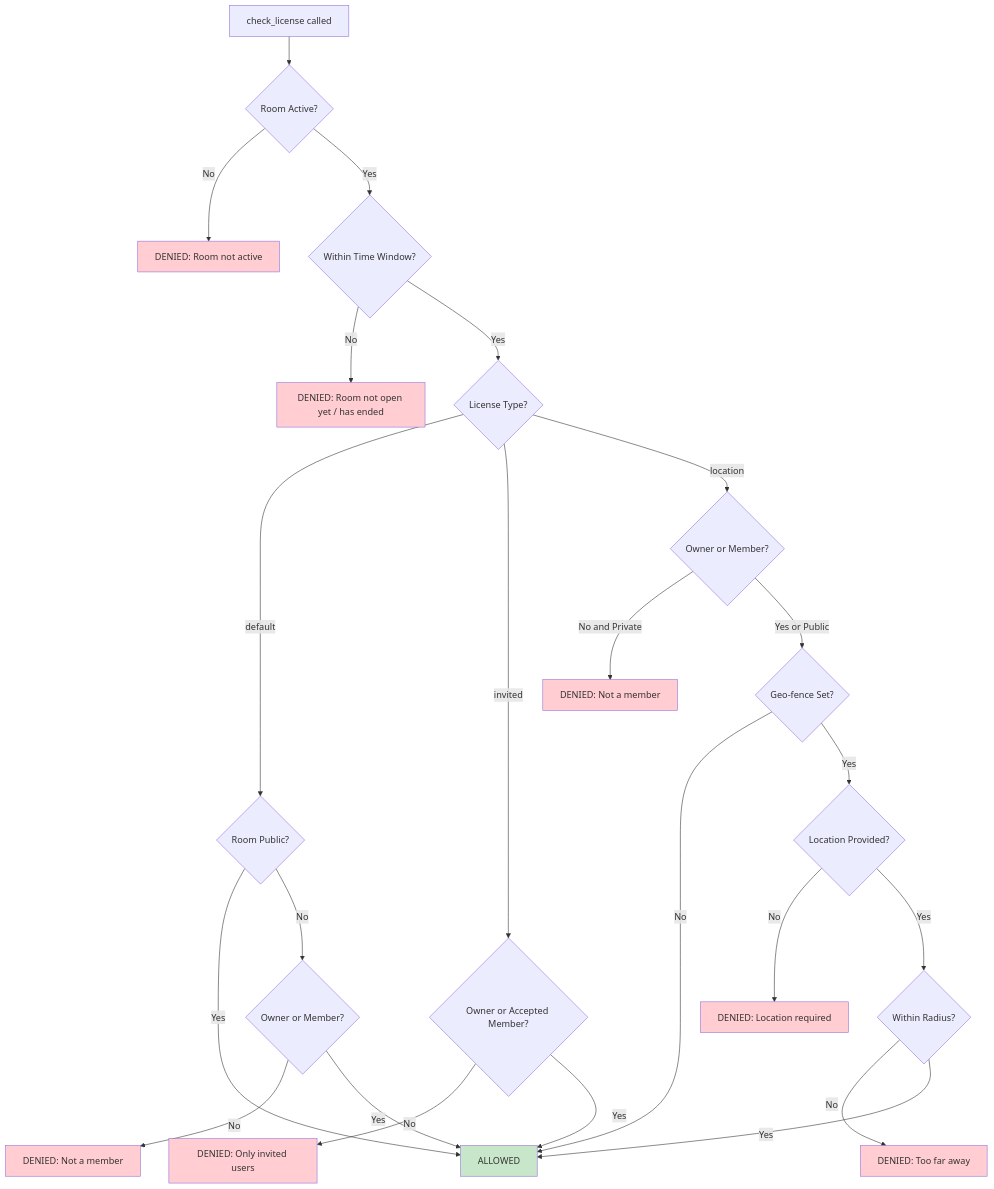
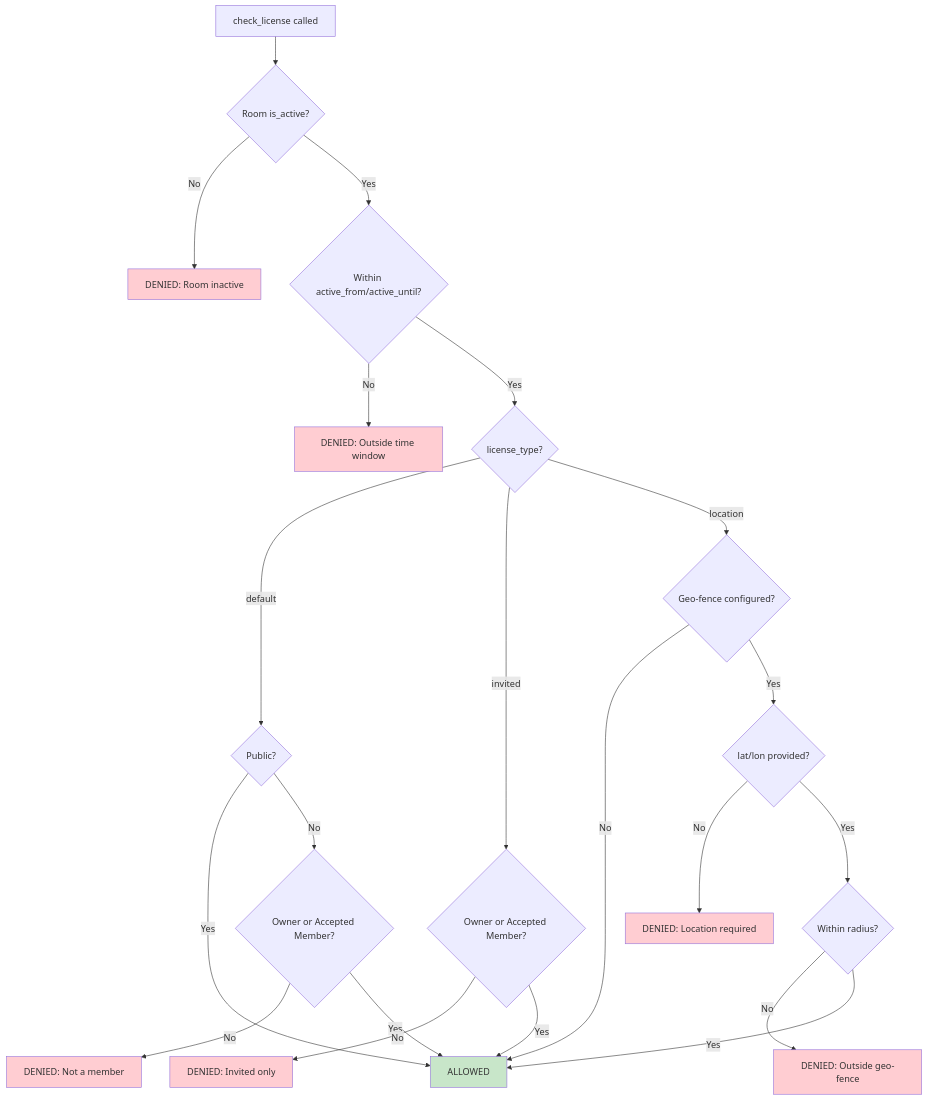
Diagram 12 of 13 in API_SCHEMAS.md (RadiantVixen/music-room), drawn with Mermaid before and after one commit. The commit also changed other lines of this file and 65 other files, not shown here.

````diff
--- a/API_SCHEMAS.md
+++ b/API_SCHEMAS.md
@@ -1661,37 +1106,34 @@
 ```mermaid
 graph TD
-    A["check_license called"] --> B{Room Active?}
-    B -->|No| C["DENIED: Room not active"]
-    B -->|Yes| D{Within Time Window?}
-    D -->|No| E["DENIED: Room not open yet / has ended"]
-    D -->|Yes| F{License Type?}
-    
-    F -->|default| G{Room Public?}
+    A["check_license called"] --> B{"Room is_active?"}
+    B -->|No| C["DENIED: Room inactive"]
+    B -->|Yes| D{"Within active_from/active_until?"}
+    D -->|No| E["DENIED: Outside time window"]
+    D -->|Yes| F{"license_type?"}
+
+    F -->|default| G{"Public?"}
     G -->|Yes| H["ALLOWED"]
-    G -->|No| I{Owner or Member?}
+    G -->|No| I{"Owner or Accepted Member?"}
     I -->|No| J["DENIED: Not a member"]
     I -->|Yes| H
-    
-    F -->|invited| K{Owner or Accepted Member?}
-    K -->|No| L["DENIED: Only invited users"]
+
+    F -->|invited| K{"Owner or Accepted Member?"}
+    K -->|No| L["DENIED: Invited only"]
     K -->|Yes| H
-    
-    F -->|location| M{Owner or Member?}
-    M -->|No and Private| N["DENIED: Not a member"]
-    M -->|Yes or Public| O{Geo-fence Set?}
-    O -->|No| H
-    O -->|Yes| P{Location Provided?}
-    P -->|No| Q["DENIED: Location required"]
-    P -->|Yes| R{Within Radius?}
-    R -->|No| S["DENIED: Too far away"]
-    R -->|Yes| H
-    
+
+    F -->|location| M{"Geo-fence configured?"}
+    M -->|No| H
+    M -->|Yes| N{"lat/lon provided?"}
+    N -->|No| O["DENIED: Location required"]
+    N -->|Yes| P{"Within radius?"}
+    P -->|No| Q["DENIED: Outside geo-fence"]
+    P -->|Yes| H
+
     style H fill:#c8e6c9
     style C fill:#ffcdd2
     style E fill:#ffcdd2
     style J fill:#ffcdd2
     style L fill:#ffcdd2
-    style N fill:#ffcdd2
+    style O fill:#ffcdd2
     style Q fill:#ffcdd2
-    style S fill:#ffcdd2
 ```
````
